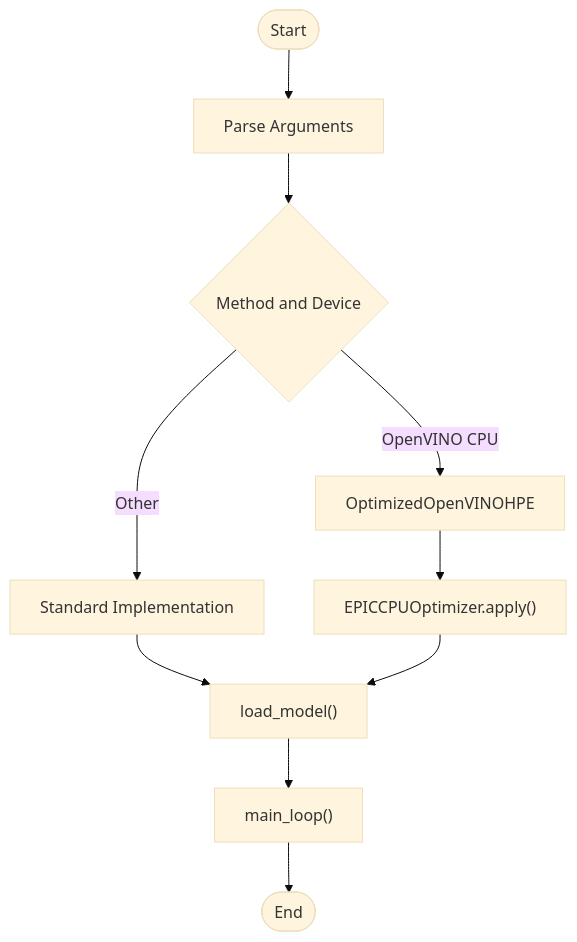
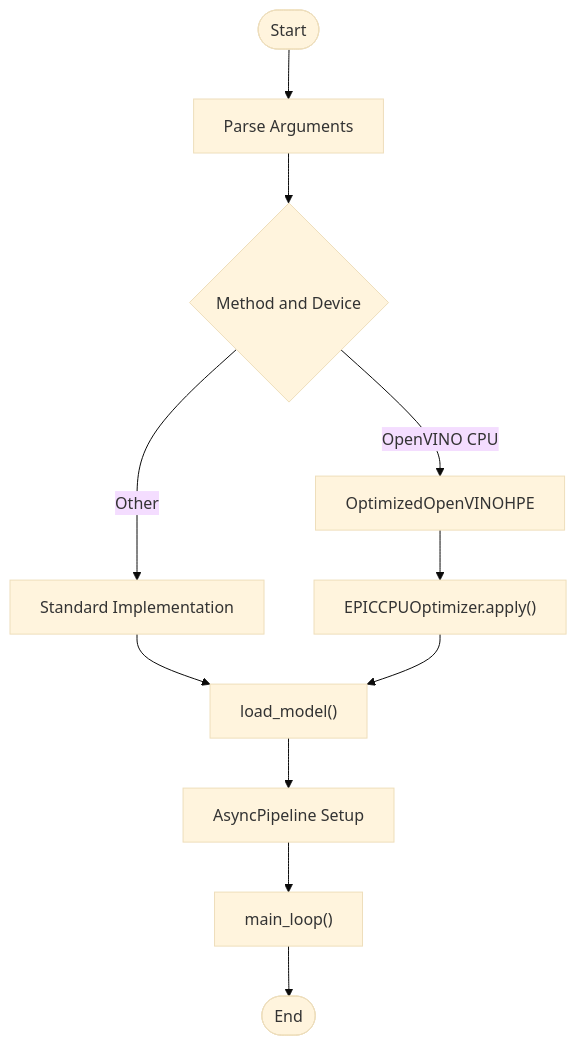
Before and after one commit to Fogus-Gr/MeasurementsDTs: the third of 10 diagrams in .qoder/repowiki/en/content/Performance Optimization/Model Optimization.md, drawn with Mermaid (base theme). The commit also changed other lines of this file and 14 other files, not shown here.

````diff
--- a/.qoder/repowiki/en/content/Performance Optimization/Model Optimization.md
+++ b/.qoder/repowiki/en/content/Performance Optimization/Model Optimization.md
@@ -150,12 +210,13 @@
 ```mermaid
 flowchart TD
 Start(["Start"]) --> Parse["Parse Arguments"]
 Parse --> Select{"Method and Device"}
 Select --> |OpenVINO CPU| Opt["OptimizedOpenVINOHPE"]
 Select --> |Other| Std["Standard Implementation"]
 Opt --> Tune["EPICCPUOptimizer.apply()"]
 Std --> Load["load_model()"]
 Tune --> Load
-Load --> Loop["main_loop()"]
+Load --> Async["AsyncPipeline Setup"]
+Async --> Loop["main_loop()"]
 Loop --> End(["End"])
 ```
````
